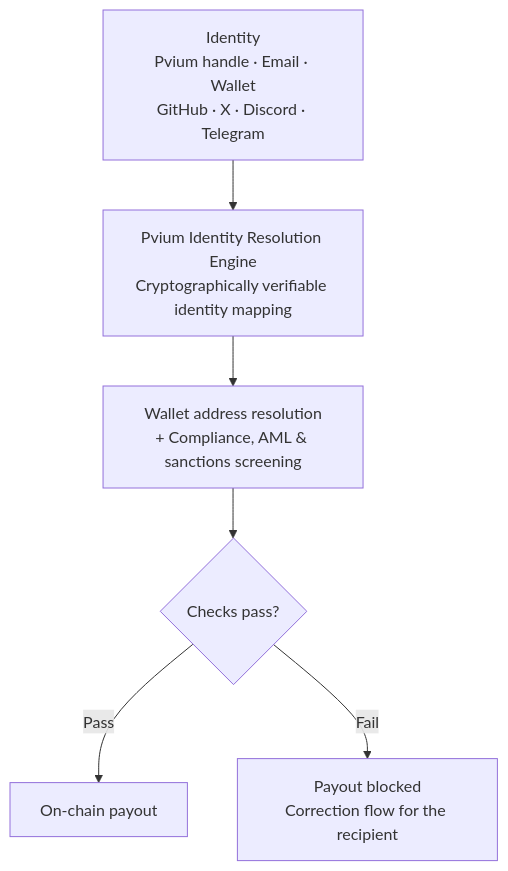
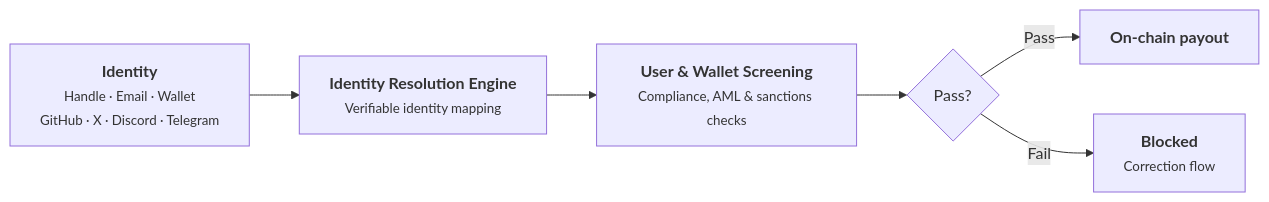
The diagram in concepts/identity.mdx (pvium/docs), drawn with Mermaid before and after one commit. The commit also changed other lines of this file and 1 other file, not shown here.

Commit message:
added flowcharts

````diff
--- a/concepts/identity.mdx
+++ b/concepts/identity.mdx
@@ -36,15 +8,15 @@
 ```mermaid
-flowchart TD
-    A["Identity<br/>Pvium handle · Email · Wallet<br/>GitHub · X · Discord · Telegram"]
-    B["Pvium Identity Resolution Engine<br/>Cryptographically verifiable identity mapping"]
-    C["Wallet address resolution<br/>+ Compliance, AML & sanctions screening"]
-    D{"Checks pass?"}
-    E["On-chain payout"]
-    F["Payout blocked<br/>Correction flow for the recipient"]
+flowchart LR
+    A["<b>Identity</b><br/><small>Handle · Email · Wallet<br/>GitHub · X · Discord · Telegram</small>"]
+    B["<b>Identity Resolution Engine</b><br/><small>Verifiable identity mapping</small>"]
+    C["<b>User & Wallet Screening</b><br/><small>Compliance, AML & sanctions checks</small>"]
+    D{"Pass?"}
+    E["<b>On-chain payout</b>"]
+    F["<b>Blocked</b><br/><small>Correction flow</small>"]
 
     A --> B
     B --> C
     C --> D
     D -- Pass --> E
     D -- Fail --> F
 ```
````
